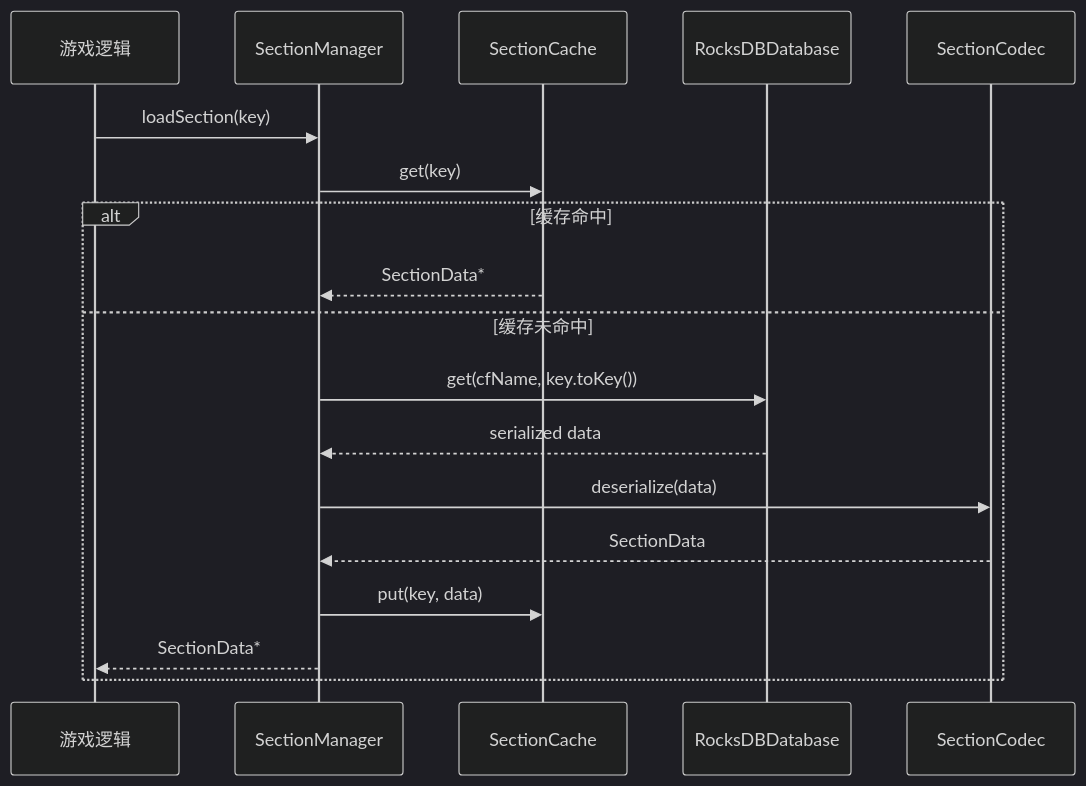
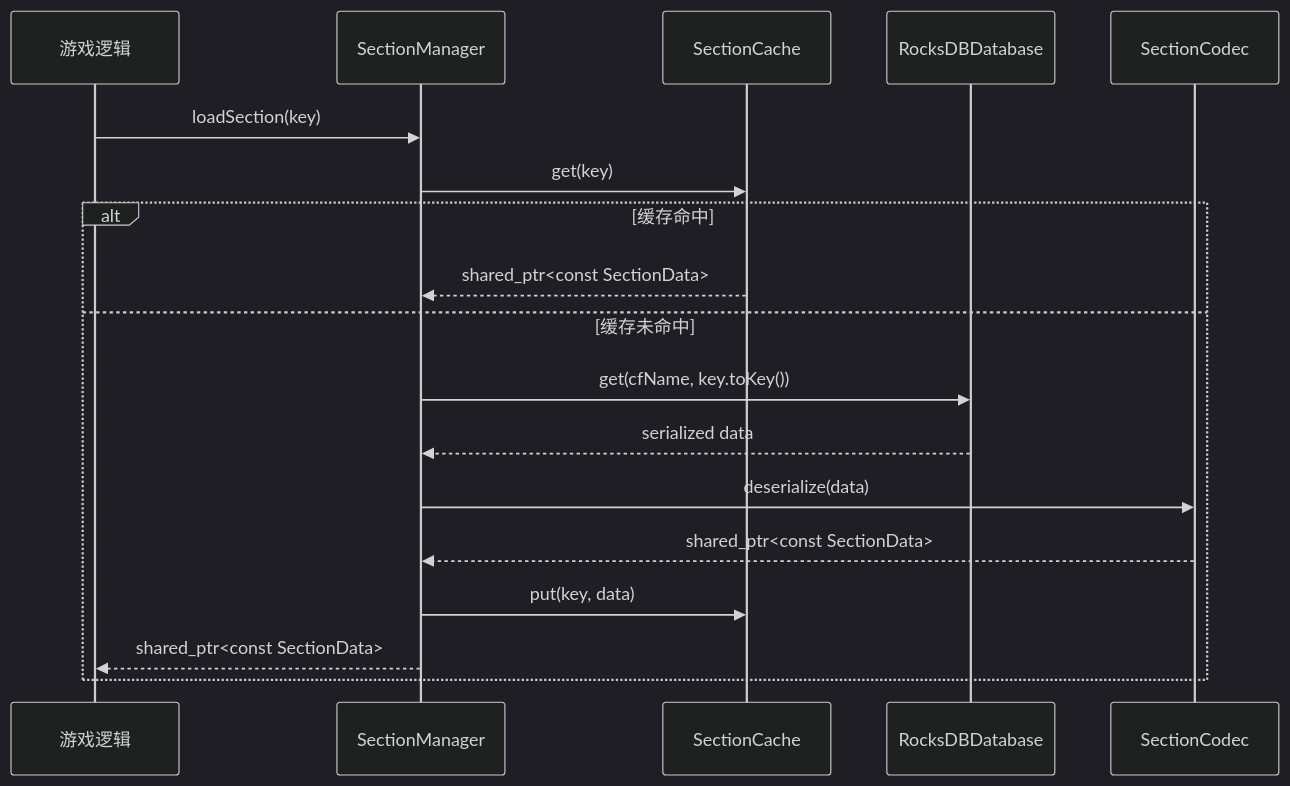
One commit to g122622/Cubium changed the third of 6 diagrams in src/common/world/storage/README.md. Above: the diagram before and after it, drawn with Mermaid (dark theme). The commit also changed other lines of this file and 16 other files, not shown here.

````diff
--- a/src/common/world/storage/README.md
+++ b/src/common/world/storage/README.md
@@ -441,21 +441,21 @@
 ```mermaid
 sequenceDiagram
     participant Game as 游戏逻辑
     participant Manager as SectionManager
     participant Cache as SectionCache
     participant DB as RocksDBDatabase
     participant Codec as SectionCodec
 
     Game->>Manager: loadSection(key)
     Manager->>Cache: get(key)
     alt 缓存命中
-        Cache-->>Manager: SectionData*
+        Cache-->>Manager: shared_ptr<const SectionData>
     else 缓存未命中
         Manager->>DB: get(cfName, key.toKey())
         DB-->>Manager: serialized data
         Manager->>Codec: deserialize(data)
-        Codec-->>Manager: SectionData
+        Codec-->>Manager: shared_ptr<const SectionData>
         Manager->>Cache: put(key, data)
-        Manager-->>Game: SectionData*
+        Manager-->>Game: shared_ptr<const SectionData>
     end
 ```
````
